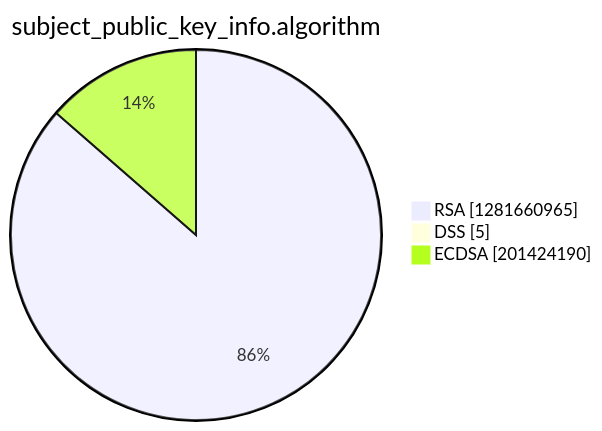
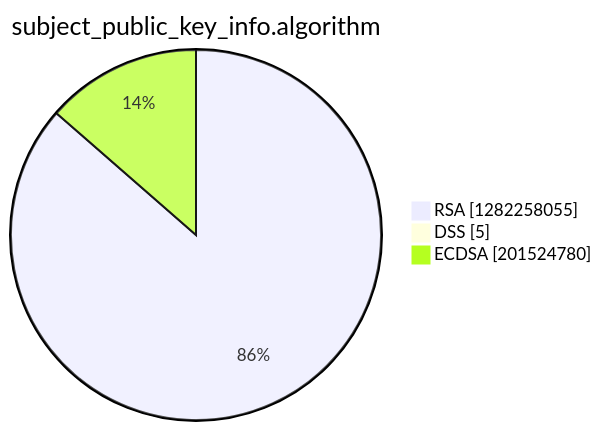
The third of 15 diagrams in argon2022/README.md (christiankrug/ctmonitor_visualization), drawn with Mermaid before and after one commit. The commit also changed other lines of this file, not shown here.

````diff
--- a/argon2022/README.md
+++ b/argon2022/README.md
@@ -14,7 +14,7 @@
 ```mermaid
 pie showData
 title subject_public_key_info.algorithm
-"RSA" :1281660965
+"RSA" :1282258055
 "DSS" :5
-"ECDSA" :201424190
+"ECDSA" :201524780
 ```
````
